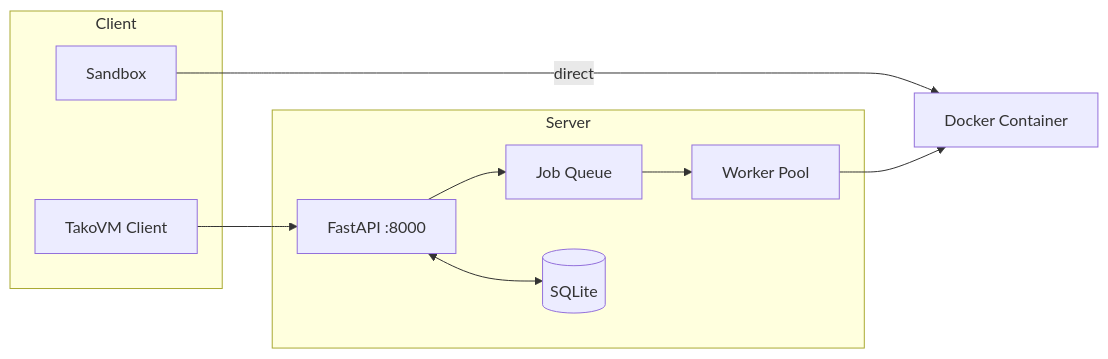
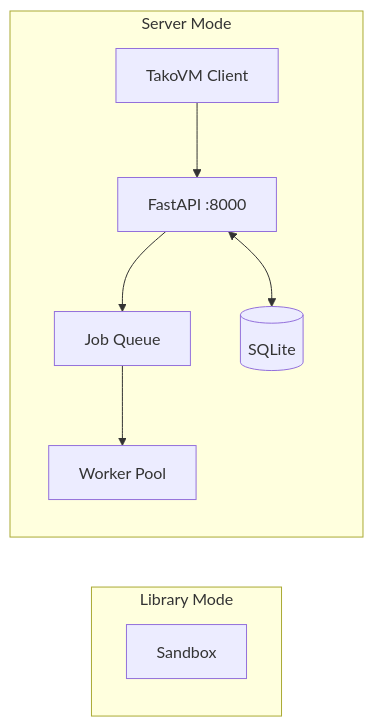
Before and after one commit to outerport/TakoVM: the diagram in README.md, drawn with Mermaid.

Commit message:
Clarify architecture diagram with Library/Server modes
- Show Sandbox as self-contained (Docker is implementation detail)
- Show Server Mode with full job queue pipeline
- Remove confusing Sandbox → Container arrow

````diff
--- a/README.md
+++ b/README.md
@@ -48,20 +48,12 @@
 ```mermaid
 flowchart LR
-    subgraph Client
+    subgraph Library Mode
         Sandbox[Sandbox]
-        SDK[TakoVM Client]
     end
 
-    subgraph Server
-        API[FastAPI :8000]
-        Queue[Job Queue]
-        Pool[Worker Pool]
-        DB[(SQLite)]
+    subgraph Server Mode
+        SDK[TakoVM Client] --> API[FastAPI :8000]
+        API --> Queue[Job Queue] --> Pool[Worker Pool]
+        API <--> DB[(SQLite)]
     end
-
-    Container[Docker Container]
-
-    Sandbox -->|direct| Container
-    SDK --> API --> Queue --> Pool --> Container
-    API <--> DB
 ```
````
